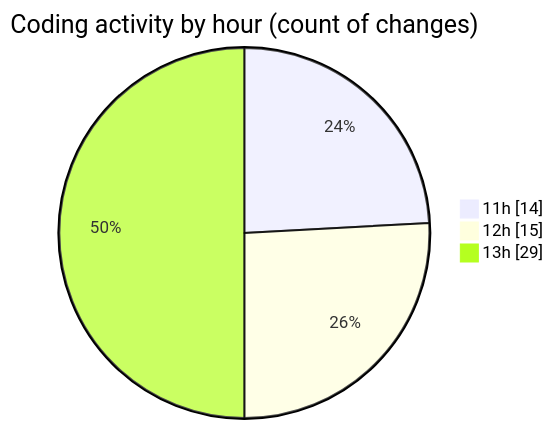
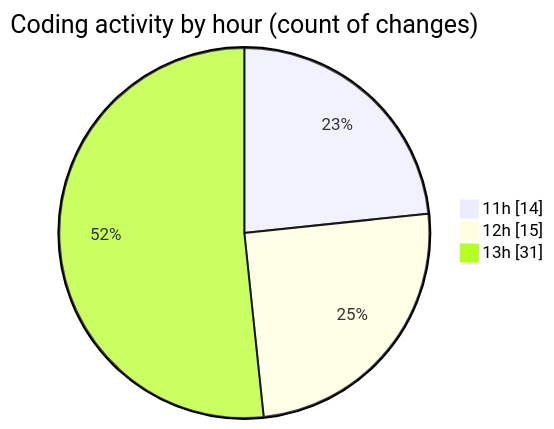
Before and after one commit to nxtqubesakshisongat/code-tracking: the second of 2 diagrams in 2025-07-09/argos/README.md, drawn with Mermaid. The commit also changed other lines of this file and 1 other file, not shown here.

````diff
--- a/2025-07-09/argos/README.md
+++ b/2025-07-09/argos/README.md
@@ -33,7 +33,7 @@
 ```mermaid
 pie showData
 title Coding activity by hour (count of changes)
 "11h" : 14
 "12h" : 15
-"13h" : 29
+"13h" : 31
 ```
````
